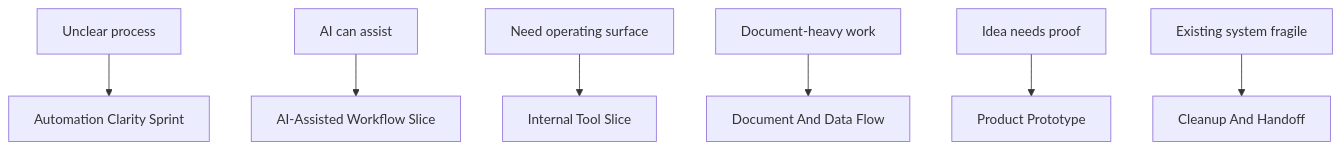
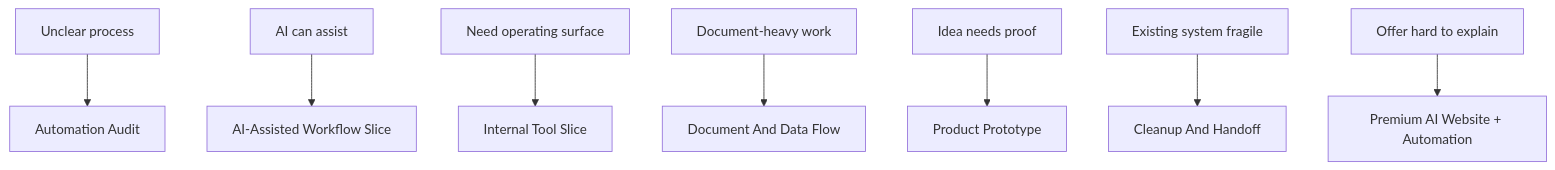
One commit to Aureus-Automation-Lab/Aureus-Automation-Lab changed the diagram in docs/services/build-menu.md. Above: the diagram before and after it, drawn with Mermaid. The commit also changed other lines of this file and 7 other files, not shown here.

````diff
--- a/docs/services/build-menu.md
+++ b/docs/services/build-menu.md
@@ -27,9 +30,10 @@
 ```mermaid
 flowchart TD
-    A[Unclear process] --> B[Automation Clarity Sprint]
+    A[Unclear process] --> B[Automation Audit]
     C[AI can assist] --> D[AI-Assisted Workflow Slice]
     E[Need operating surface] --> F[Internal Tool Slice]
     G[Document-heavy work] --> H[Document And Data Flow]
     I[Idea needs proof] --> J[Product Prototype]
     K[Existing system fragile] --> L[Cleanup And Handoff]
+    M[Offer hard to explain] --> N[Premium AI Website + Automation]
 ```
````
